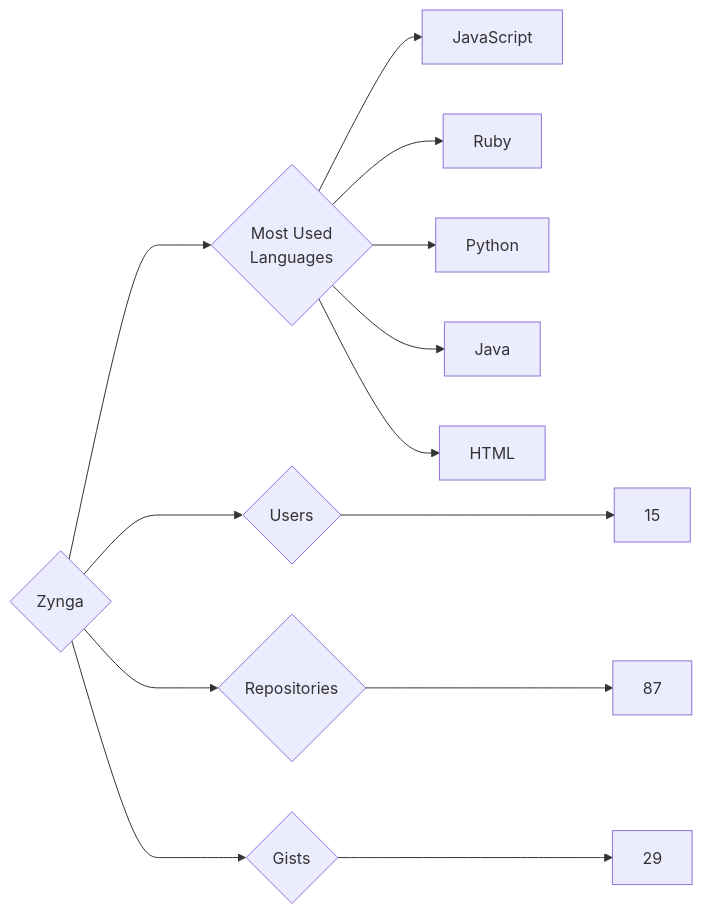
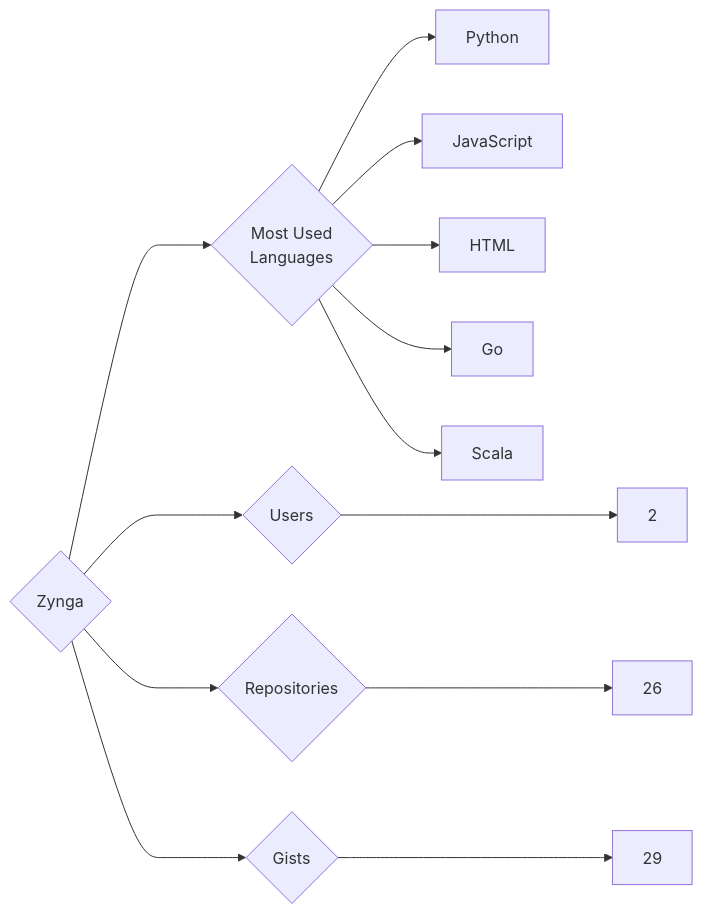
Before and after one commit to trickest/insiders: the diagram in targets/Zynga/README.md, drawn with Mermaid. The commit also changed 682 other files, not shown here.

````diff
--- a/targets/Zynga/README.md
+++ b/targets/Zynga/README.md
@@ -3,13 +3,13 @@
 ```mermaid
 graph LR
 COMPANY_NAME{Zynga}
-COMPANY_NAME ---> U{Users} ---> UN[15]
-COMPANY_NAME ---> R{Repositories} ---> RN[87]
+COMPANY_NAME ---> U{Users} ---> UN[2]
+COMPANY_NAME ---> R{Repositories} ---> RN[26]
 COMPANY_NAME ---> G{Gists} ---> GN[29]
 COMPANY_NAME ---> ML{Most Used<br>Languages}
+ML --> Python[Python]
 ML --> JavaScript[JavaScript]
-ML --> Ruby[Ruby]
-ML --> Python[Python]
-ML --> Java[Java]
 ML --> HTML[HTML]
+ML --> Go[Go]
+ML --> Scala[Scala]
 ```
````
